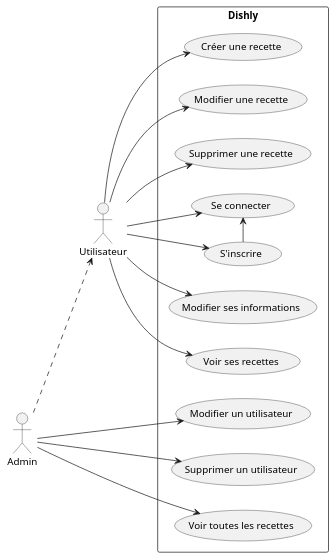
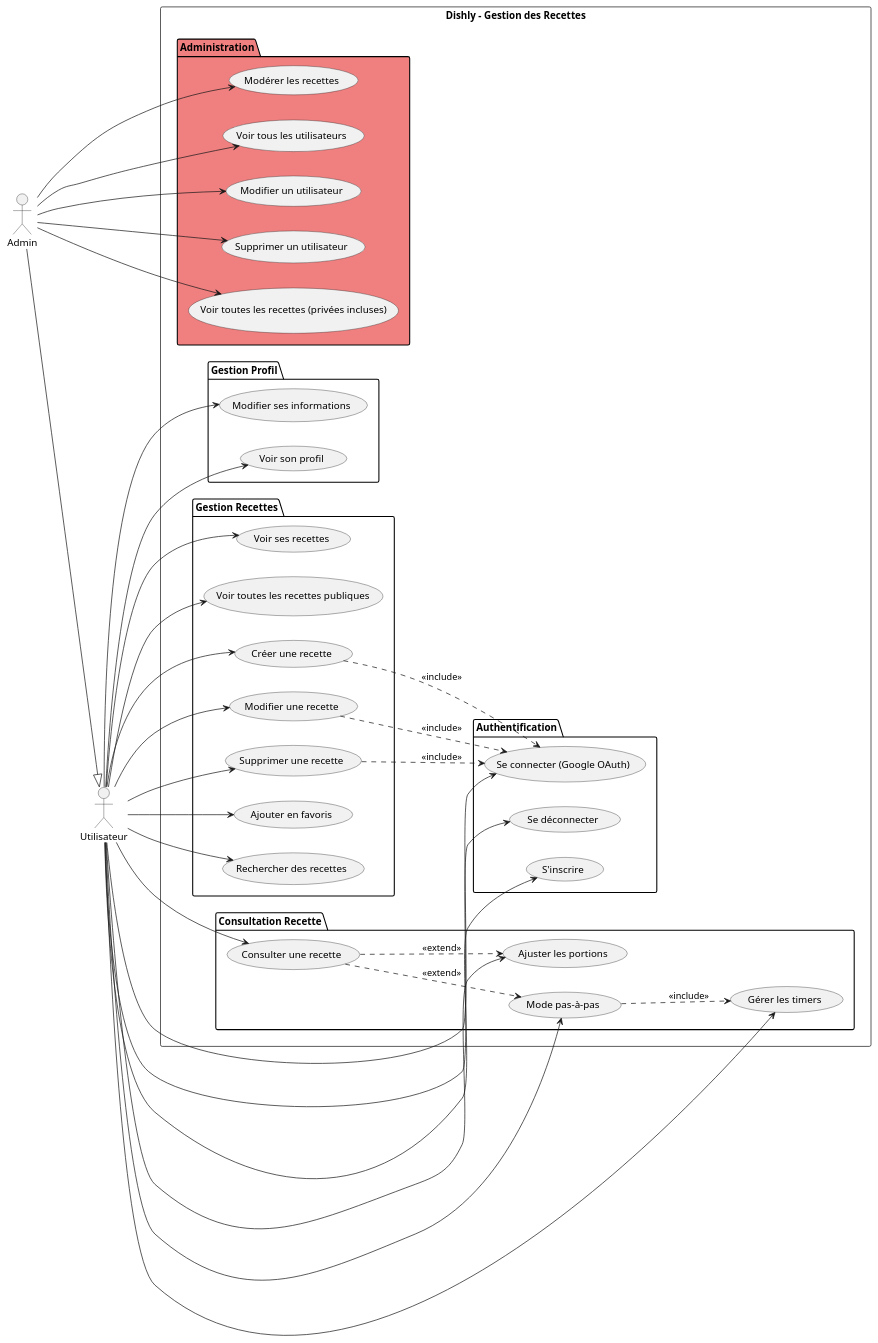
Before and after one commit to Ka-be/dishly: the diagram in documentation/concept/diagrams/usecases.puml, drawn with PlantUML. The commit also changed 85 other files, not shown here.

First line of the commit message:
refactor: complete architecture overhaul and mono-repo migration

```diff
--- a/documentation/concept/diagrams/usecases.puml
+++ b/documentation/concept/diagrams/usecases.puml
@@ -1,38 +1,83 @@
-@startuml
+@startuml usecases
 left to right direction
 
-actor Utilisateur as user
-actor Admin as admin
+actor "Utilisateur" as user
+actor "Admin" as admin
 
-rectangle "Dishly" {
+rectangle "Dishly - Gestion des Recettes" {
+  
+  package "Authentification" {
+    usecase "S'inscrire" as UC1
+    usecase "Se connecter (Google OAuth)" as UC2
+    usecase "Se déconnecter" as UC2b
+  }
+  
+  package "Gestion Profil" {
+    usecase "Modifier ses informations" as UC5
+    usecase "Voir son profil" as UC5b
+  }
+  
+  package "Gestion Recettes" {
+    usecase "Voir ses recettes" as UC6
+    usecase "Voir toutes les recettes publiques" as UC7
+    usecase "Créer une recette" as UC8
+    usecase "Modifier une recette" as UC9
+    usecase "Supprimer une recette" as UC10
+    usecase "Ajouter en favoris" as UC11
+    usecase "Rechercher des recettes" as UC12
+  }
+  
+  package "Consultation Recette" {
+    usecase "Consulter une recette" as UC13
+    usecase "Ajuster les portions" as UC14
+    usecase "Mode pas-à-pas" as UC15
+    usecase "Gérer les timers" as UC16
+  }
+  
+  package "Administration" #LightCoral {
+    usecase "Voir tous les utilisateurs" as UC20
+    usecase "Modifier un utilisateur" as UC3
+    usecase "Supprimer un utilisateur" as UC4
+    usecase "Voir toutes les recettes (privées incluses)" as UC21
+    usecase "Modérer les recettes" as UC22
+  }
+}
 
-usecase "S'inscrire" as UC1
-usecase "Se connecter" as UC2
-usecase "Modifier un utilisateur" as UC3
-usecase "Supprimer un utilisateur" as UC4
-usecase "Modifier ses informations" as UC5
-usecase "Voir ses recettes" as UC6
-usecase "Voir toutes les recettes" as UC7
-usecase "Créer une recette" as UC8
-usecase "Modifier une recette" as UC9
-usecase "Supprimer une recette" as UC10
-
-admin ..> user
-user -> UC1
-UC1 -> UC2
-user -> UC2
-
-admin -> UC3
-admin -> UC4
-admin -> UC7
-
+' Relations Utilisateur
+user --> UC1
+user --> UC2
+user --> UC2b
 user --> UC5
+user --> UC5b
 user --> UC6
+user --> UC7
 user --> UC8
 user --> UC9
 user --> UC10
+user --> UC11
+user --> UC12
+user --> UC13
+user --> UC14
+user --> UC15
+user --> UC16
 
-}
+' Relations Admin (hérite de User)
+admin --|> user
 
+admin --> UC3
+admin --> UC4
+admin --> UC20
+admin --> UC21
+admin --> UC22
+
+' Extensions
+UC13 ..> UC14 : <<extend>>
+UC13 ..> UC15 : <<extend>>
+UC15 ..> UC16 : <<include>>
+
+' Inclusions
+UC8 ..> UC2 : <<include>>
+UC9 ..> UC2 : <<include>>
+UC10 ..> UC2 : <<include>>
 
 @enduml
```
